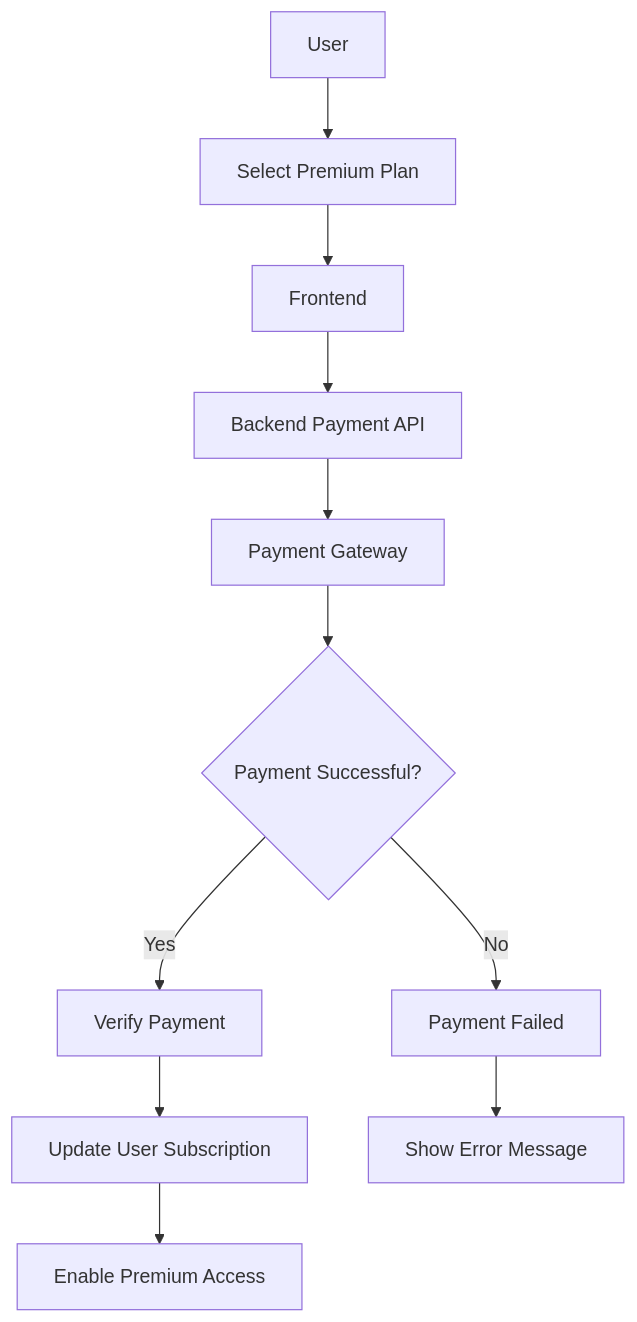
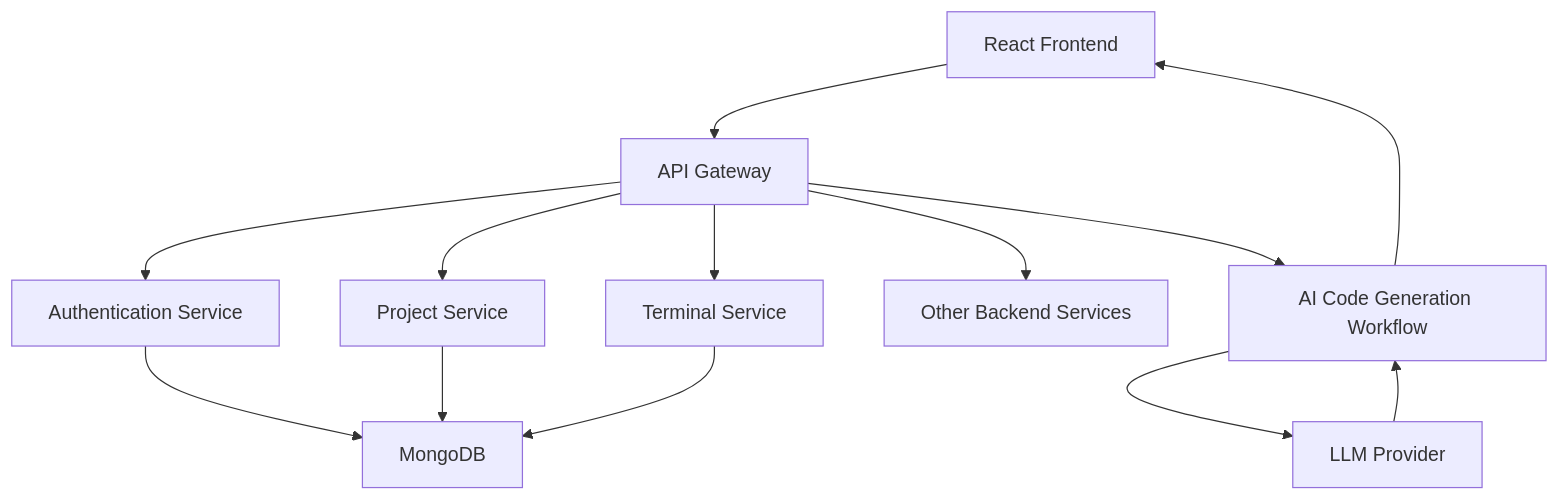
Before and after one commit to keshviSolanki/KS-AIcodeEditor: the fourth of 4 diagrams in README.md, drawn with Mermaid. The commit also changed other lines of this file, not shown here.

````diff
--- a/README.md
+++ b/README.md
@@ -108,13 +211,17 @@
 ```mermaid
 flowchart TD
-    A["User"] --> B["Select Premium Plan"]
-    B --> C["Frontend"]
-    C --> D["Backend Payment API"]
-    D --> E["Payment Gateway"]
-    E --> F{"Payment Successful?"}
-    F -->|Yes| G["Verify Payment"]
-    G --> H["Update User Subscription"]
-    H --> I["Enable Premium Access"]
-    F -->|No| J["Payment Failed"]
-    J --> K["Show Error Message"]
+    A["React Frontend"] --> B["API Gateway"]
+    B --> C["Authentication Service"]
+    B --> D["Project Service"]
+    B --> E["Terminal Service"]
+    B --> F["Other Backend Services"]
+
+    C --> G["MongoDB"]
+    D --> G
+    E --> G
+
+    B --> H["AI Code Generation Workflow"]
+    H --> I["LLM Provider"]
+    I --> H
+    H --> A
 ```
````
